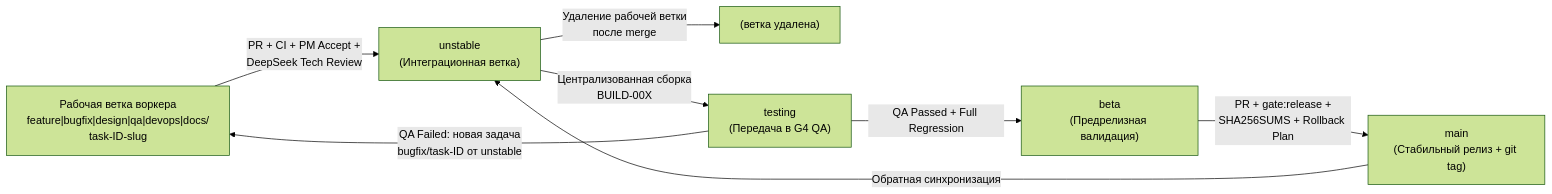
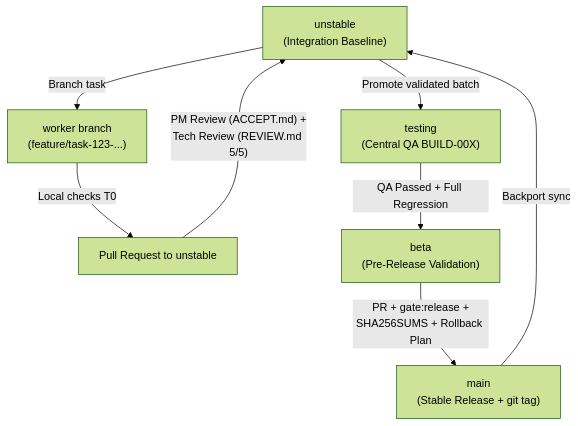
The diagram in TEAM.md (Userbash/chord), drawn with Mermaid (forest theme) before and after one commit. The commit also changed other lines of this file and 2279 other files, not shown here.

Commit message:
docs: complete English translation, sanitize personal metadata, and qualify beta release

````diff
--- a/TEAM.md
+++ b/TEAM.md
@@ -81,10 +74,10 @@
 ```mermaid
-flowchart LR
-    W["Рабочая ветка воркера<br/>feature|bugfix|design|qa|devops|docs/<br/>task-ID-slug"] -->|"PR + CI + PM Accept +<br/>DeepSeek Tech Review"| U["unstable<br/>(Интеграционная ветка)"]
-    U -->|"Удаление рабочей ветки<br/>после merge"| DEL["(ветка удалена)"]
-    U -->|"Централизованная сборка<br/>BUILD-00X"| T["testing<br/>(Передача в G4 QA)"]
-    T -->|"QA Failed: новая задача<br/>bugfix/task-ID от unstable"| W
-    T -->|"QA Passed + Full Regression"| B["beta<br/>(Предрелизная валидация)"]
-    B -->|"PR + gate:release +<br/>SHA256SUMS + Rollback Plan"| M["main<br/>(Стабильный релиз + git tag)"]
-    M -->|"Обратная синхронизация"| U
+flowchart TD
+    U["unstable<br/>(Integration Baseline)"] -->|"Branch task"| W["worker branch<br/>(feature/task-123-...)"]
+    W -->|"Local checks T0"| PR["Pull Request to unstable"]
+    PR -->|"PM Review (ACCEPT.md) +<br/>Tech Review (REVIEW.md 5/5)"| U
+    U -->|"Promote validated batch"| T["testing<br/>(Central QA BUILD-00X)"]
+    T -->|"QA Passed + Full Regression"| B["beta<br/>(Pre-Release Validation)"]
+    B -->|"PR + gate:release +<br/>SHA256SUMS + Rollback Plan"| M["main<br/>(Stable Release + git tag)"]
+    M -->|"Backport sync"| U
 ```
````
